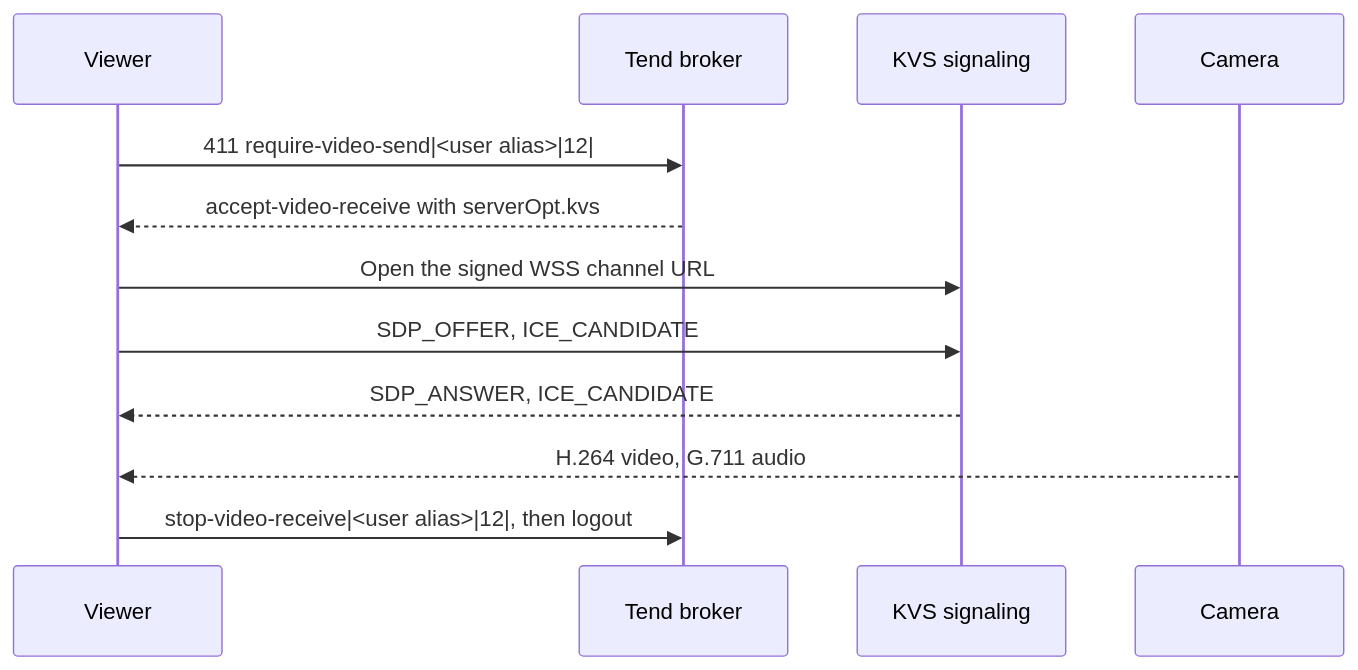
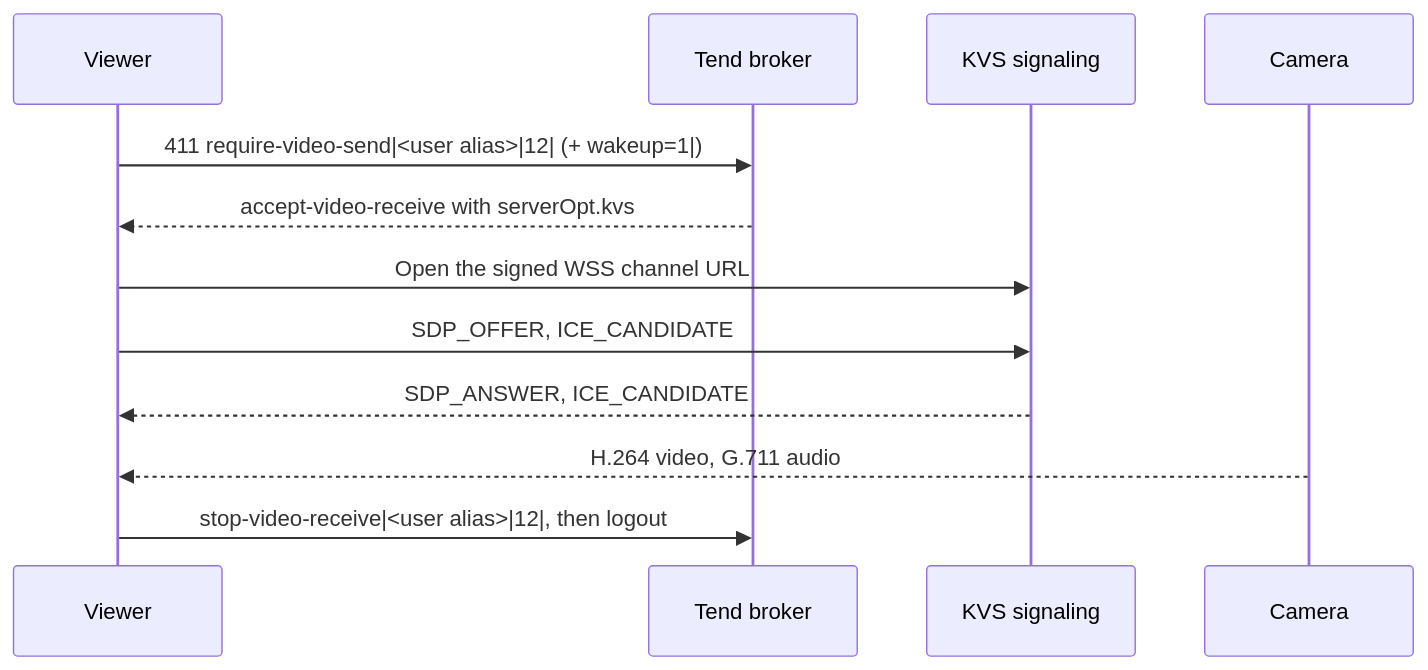
Before and after one commit to kedube/ha-myq: the second of 2 diagrams in docs/api.md, drawn with Mermaid. The commit also changed other lines of this file and 41 other files, not shown here.

````diff
--- a/docs/api.md
+++ b/docs/api.md
@@ -731,14 +782,14 @@
 ```mermaid
 sequenceDiagram
     participant V as Viewer
     participant T as Tend broker
     participant K as KVS signaling
     participant C as Camera
-    V->>T: 411 require-video-send|<user alias>|12|
+    V->>T: 411 require-video-send|<user alias>|12| (+ wakeup=1|)
     T-->>V: accept-video-receive with serverOpt.kvs
     V->>K: Open the signed WSS channel URL
     V->>K: SDP_OFFER, ICE_CANDIDATE
     K-->>V: SDP_ANSWER, ICE_CANDIDATE
     C-->>V: H.264 video, G.711 audio
     V->>T: stop-video-receive|<user alias>|12|, then logout
 ```
````
